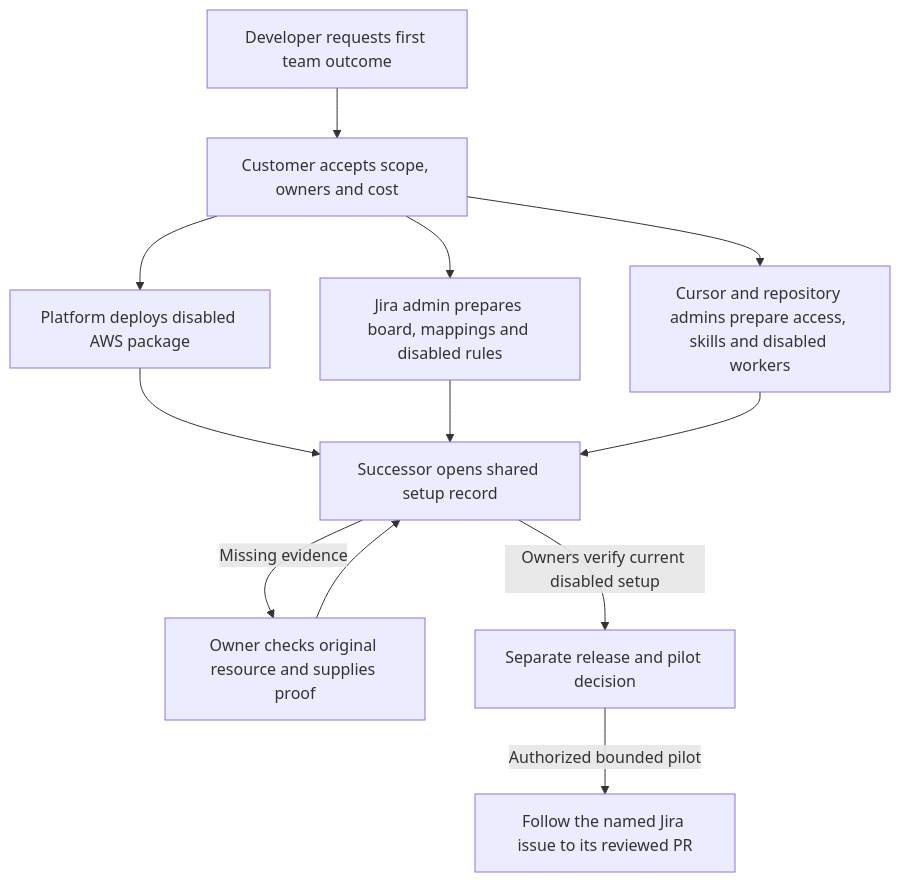
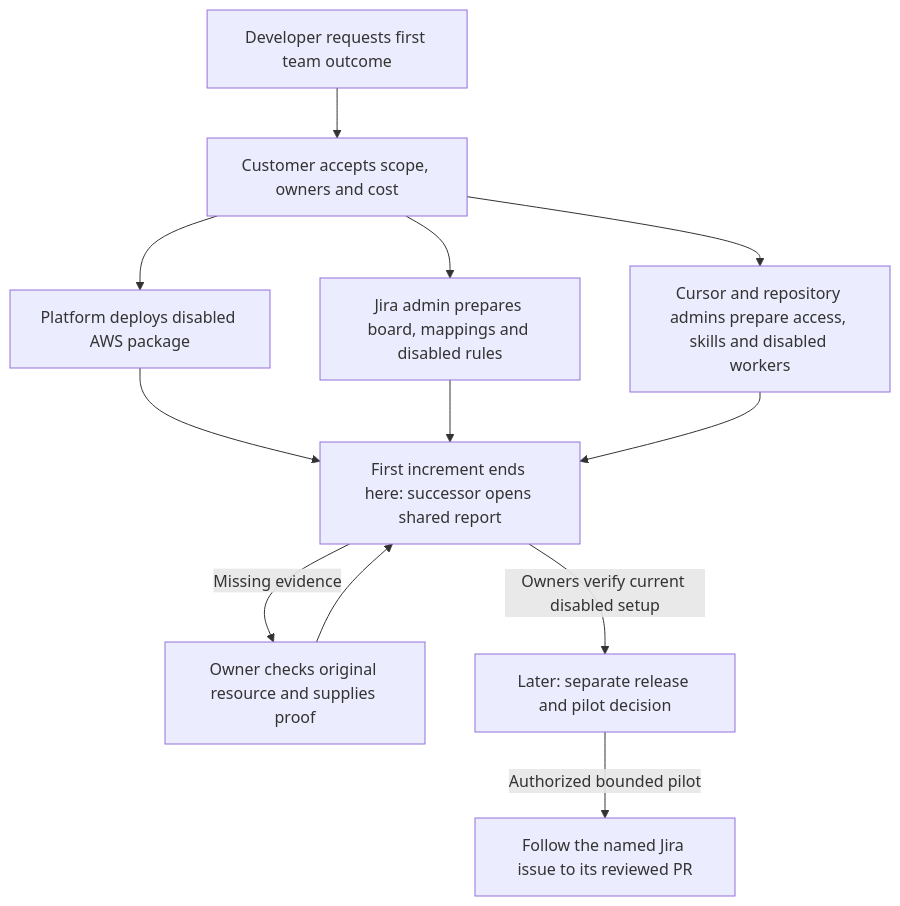
Before and after one commit to danielchappell/Pigboard: the diagram in docs/product/installation-experience-proposal.md, drawn with Mermaid. The commit also changed other lines of this file, not shown here.

Commit message:
Define the handoff decision and proof after an overlapping enable

````diff
--- a/docs/product/installation-experience-proposal.md
+++ b/docs/product/installation-experience-proposal.md
@@ -13,14 +13,14 @@
 ```mermaid
 flowchart TD
   R[Developer requests first team outcome] --> P[Customer accepts scope, owners and cost]
   P --> A[Platform deploys disabled AWS package]
   P --> J[Jira admin prepares board, mappings and disabled rules]
   P --> C[Cursor and repository admins prepare access, skills and disabled workers]
-  A --> H[Successor opens shared setup record]
+  A --> H[First increment ends here: successor opens shared report]
   J --> H
   C --> H
   H -->|Missing evidence| O[Owner checks original resource and supplies proof]
   O --> H
-  H -->|Owners verify current disabled setup| G[Separate release and pilot decision]
+  H -->|Owners verify current disabled setup| G[Later: separate release and pilot decision]
   G -->|Authorized bounded pilot| V[Follow the named Jira issue to its reviewed PR]
 ```
````
